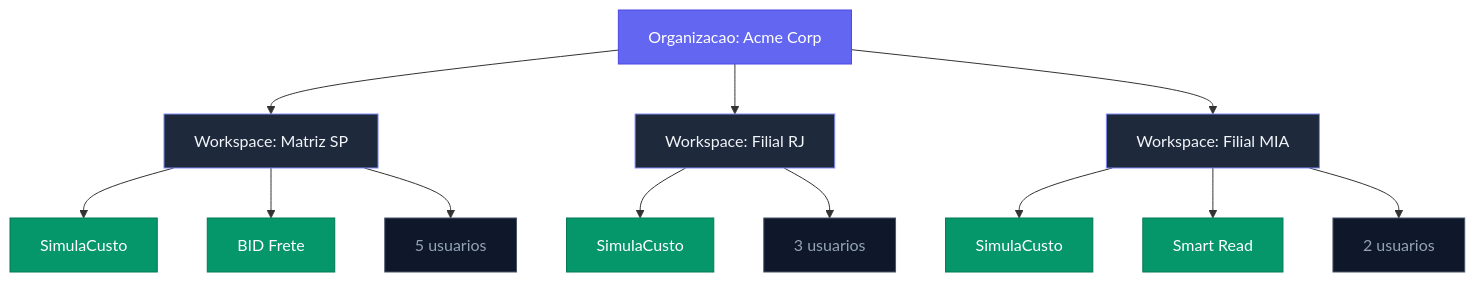
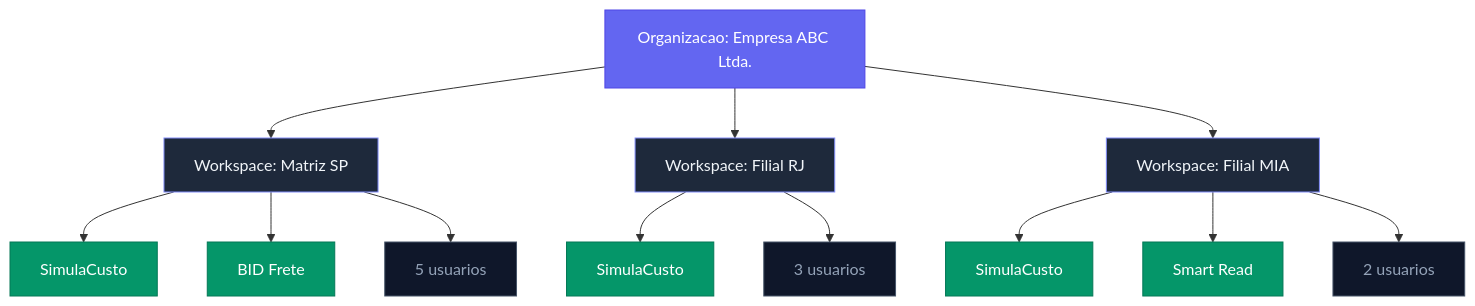
Before and after one commit to kamilaestevam/gravity-antigravity: the seventh of 9 diagrams in documentos-tecnicos/produto/fluxo-usuario-final.md, drawn with Mermaid. The commit also changed 1 other file, not shown here.

Commit message:
fix(onboarding): ajustar modal e padronizar com design system
- Trocar nome exemplo para "Empresa ABC Ltda." (doc + placeholder)
- Aumentar modal de 480px para 560px
- Remover maxWidth do subtitulo para caber em uma linha
- Usar var(--text-secondary) no subtitulo (sem hardcode)
- Remover ponto final do subtitulo

````diff
--- a/documentos-tecnicos/produto/fluxo-usuario-final.md
+++ b/documentos-tecnicos/produto/fluxo-usuario-final.md
@@ -315,28 +315,28 @@
 ```mermaid
 flowchart TD
-    ORG["Organizacao: Acme Corp"] --> WS1["Workspace: Matriz SP"]
+    ORG["Organizacao: Empresa ABC Ltda."] --> WS1["Workspace: Matriz SP"]
     ORG --> WS2["Workspace: Filial RJ"]
     ORG --> WS3["Workspace: Filial MIA"]
 
     WS1 --> P1["SimulaCusto"]
     WS1 --> P2["BID Frete"]
 
     WS2 --> P3["SimulaCusto"]
 
     WS3 --> P4["SimulaCusto"]
     WS3 --> P5["Smart Read"]
 
     WS1 --> U1["5 usuarios"]
     WS2 --> U2["3 usuarios"]
     WS3 --> U3["2 usuarios"]
 
     classDef org fill:#6366f1,stroke:#4f46e5,color:#fff
     classDef ws fill:#1e293b,stroke:#818cf8,color:#f1f5f9
     classDef prod fill:#059669,stroke:#047857,color:#fff
     classDef users fill:#0f172a,stroke:#475569,color:#94a3b8
 
     class ORG org
     class WS1,WS2,WS3 ws
     class P1,P2,P3,P4,P5 prod
     class U1,U2,U3 users
 ```
````
